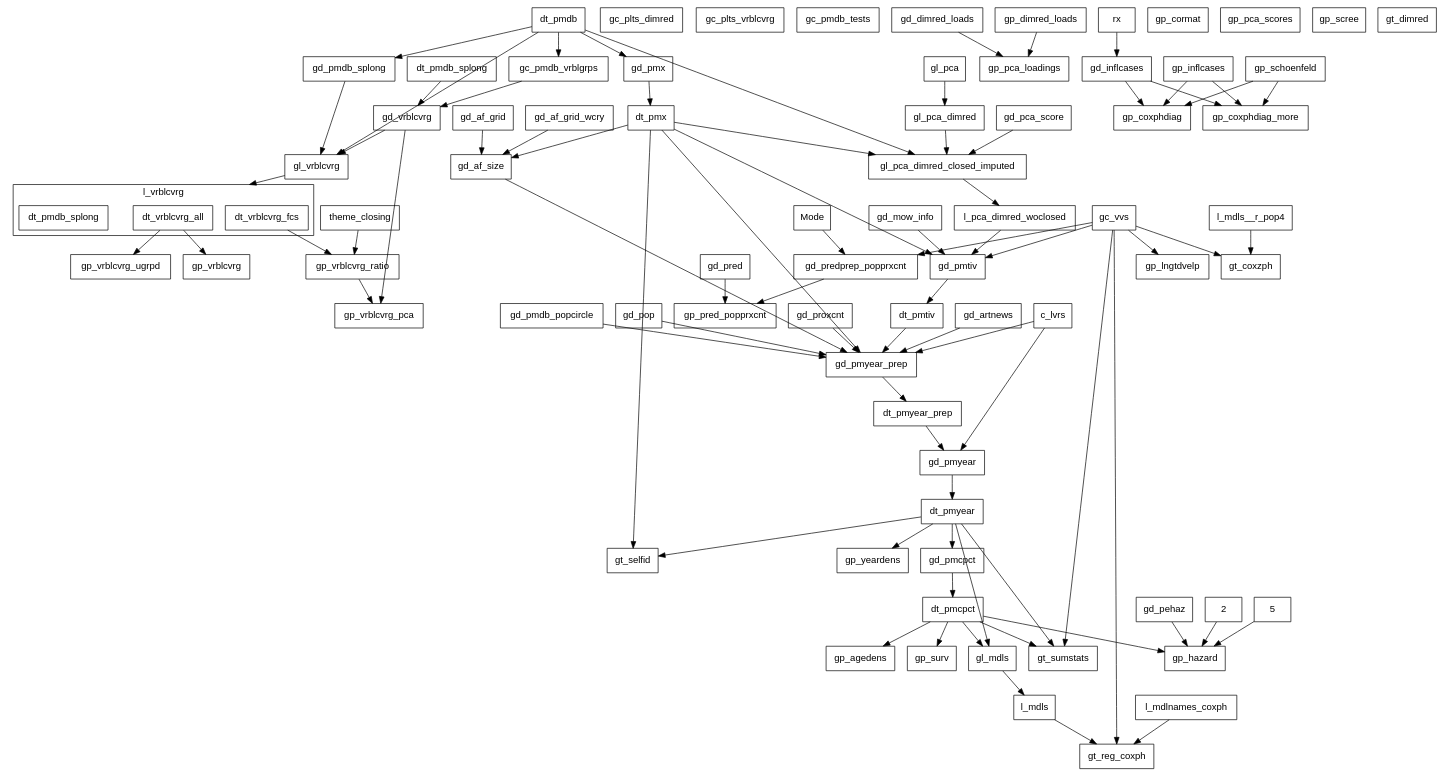
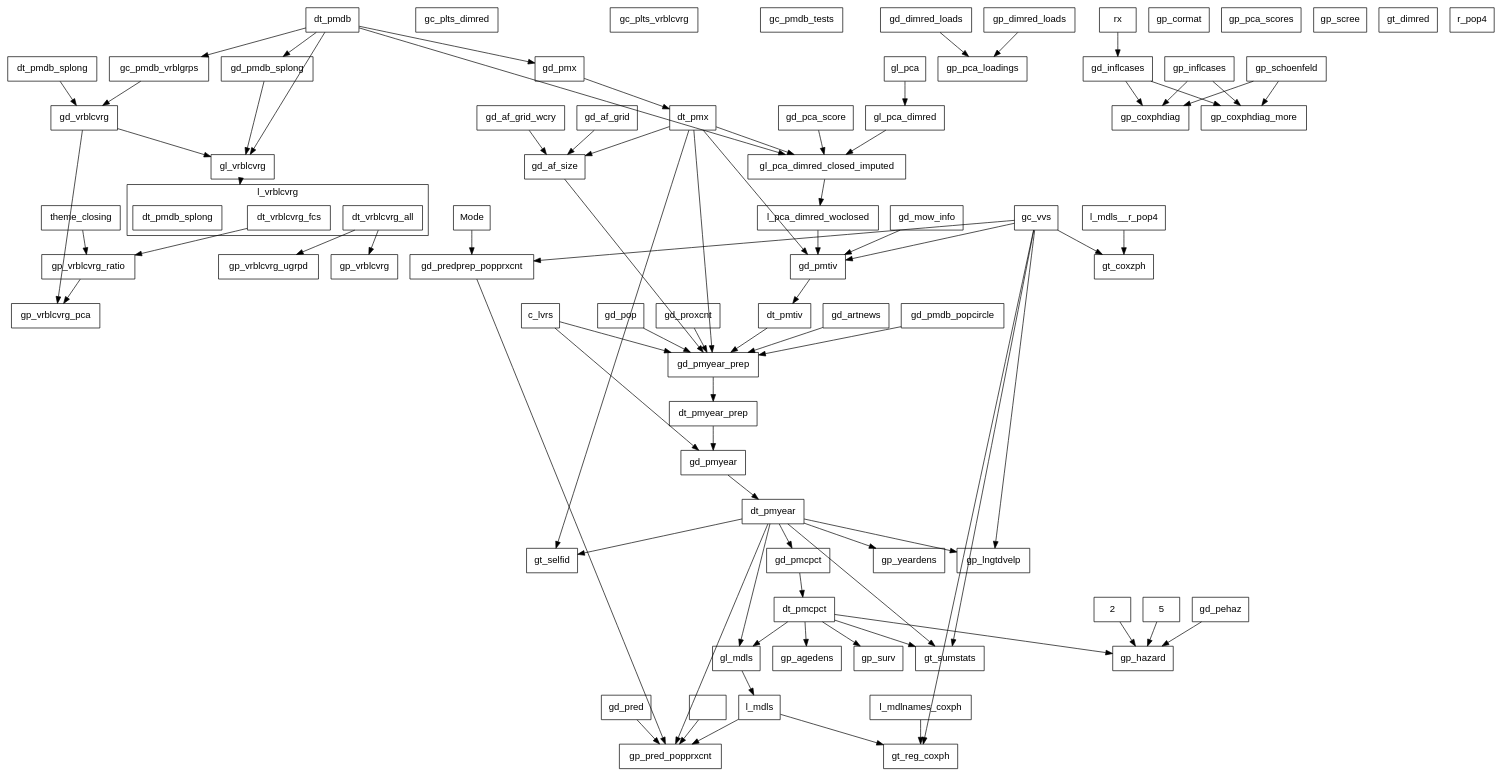
The diagram in misc/callgraph2.dot (swhalemwo/pm_closing), drawn with Graphviz before and after one commit. The commit also changed 1 other file, not shown here.

```diff
--- a/misc/callgraph2.dot
+++ b/misc/callgraph2.dot
@@ -1,163 +1,168 @@
 digraph D {
  compound = true;
  splines = false; fontname=helvetica;
  node [shape=box, fontsize = 14, fontname=helvetica];
  edge [style = solid];
  
  subgraph cluster_l_vrblcvrg {
  label = "l_vrblcvrg";
  l_vrblcvrg__dt_vrblcvrg_all [label=dt_vrblcvrg_all]; 
 l_vrblcvrg__dt_vrblcvrg_fcs [label=dt_vrblcvrg_fcs]; 
 l_vrblcvrg [label = "", color=transparent, width=0, height=0]; 
 l_vrblcvrg__dt_pmdb_splong [label=dt_pmdb_splong] 
 } 
  gc_plts_dimred; 
 gc_plts_vrblcvrg; 
 gc_pmdb_tests; 
 gc_pmdb_vrblgrps; 
 gc_vvs; 
 gd_af_grid; 
 gd_af_grid_wcry; 
 gd_af_size; 
 gd_artnews; 
 gd_dimred_loads; 
 gd_inflcases; 
 gd_mow_info; 
 gd_pca_score; 
 gd_pehaz; 
 gd_pmcpct; 
 gd_pmdb_popcircle; 
 gd_pmdb_splong; 
 gd_pmtiv; 
 gd_pmx; 
 gd_pmyear; 
 gd_pmyear_prep; 
 gd_pop; 
 gd_pred; 
 gd_predprep_popprxcnt; 
 gd_proxcnt; 
 gd_vrblcvrg; 
 gl_mdls; 
 gl_pca; 
 gl_pca_dimred; 
 gl_pca_dimred_closed_imputed; 
 gl_vrblcvrg; 
 gp_agedens; 
 gp_cormat; 
 gp_coxphdiag; 
 gp_coxphdiag_more; 
 gp_dimred_loads; 
 gp_hazard; 
 gp_inflcases; 
 gp_lngtdvelp; 
 gp_pca_loadings; 
 gp_pca_scores; 
 gp_pred_popprxcnt; 
 gp_schoenfeld; 
 gp_scree; 
 gp_surv; 
 gp_vrblcvrg; 
 gp_vrblcvrg_pca; 
 gp_vrblcvrg_ratio; 
 gp_vrblcvrg_ugrpd; 
 gp_yeardens; 
 gt_coxzph; 
 gt_dimred; 
 gt_reg_coxph; 
 gt_selfid; 
 gt_sumstats; 
 Mode; 
 theme_closing; 
 dt_pmdb; 
 dt_pmdb_splong; 
 dt_pmx; 
 l_pca_dimred_woclosed; 
 dt_pmtiv; 
 c_lvrs; 
 dt_pmyear_prep; 
 dt_pmyear; 
 dt_pmcpct; 
 2; 
 5; 
 rx; 
+""r_pop4""; 
+l_mdls; 
 l_mdls__r_pop4; 
-l_mdls; 
 l_mdlnames_coxph 
- 2 -> gp_hazard; 
+ ""r_pop4"" -> gp_pred_popprxcnt; 
+2 -> gp_hazard; 
 5 -> gp_hazard; 
 Mode -> gd_predprep_popprxcnt; 
 c_lvrs -> gd_pmyear; 
 c_lvrs -> gd_pmyear_prep; 
 dt_pmcpct -> gl_mdls; 
 dt_pmcpct -> gp_agedens; 
 dt_pmcpct -> gp_hazard; 
 dt_pmcpct -> gp_surv; 
 dt_pmcpct -> gt_sumstats; 
 dt_pmdb -> gc_pmdb_vrblgrps; 
 dt_pmdb -> gd_pmdb_splong; 
 dt_pmdb -> gd_pmx; 
 dt_pmdb -> gl_pca_dimred_closed_imputed; 
 dt_pmdb -> gl_vrblcvrg; 
 dt_pmdb_splong -> gd_vrblcvrg; 
 dt_pmtiv -> gd_pmyear_prep; 
 dt_pmx -> gd_af_size; 
 dt_pmx -> gd_pmtiv; 
 dt_pmx -> gd_pmyear_prep; 
 dt_pmx -> gl_pca_dimred_closed_imputed; 
 dt_pmx -> gt_selfid; 
 dt_pmyear -> gd_pmcpct; 
 dt_pmyear -> gl_mdls; 
+dt_pmyear -> gp_lngtdvelp; 
+dt_pmyear -> gp_pred_popprxcnt; 
 dt_pmyear -> gp_yeardens; 
 dt_pmyear -> gt_selfid; 
 dt_pmyear -> gt_sumstats; 
 dt_pmyear_prep -> gd_pmyear; 
 gc_pmdb_vrblgrps -> gd_vrblcvrg; 
 gc_vvs -> gd_pmtiv; 
 gc_vvs -> gd_predprep_popprxcnt; 
 gc_vvs -> gp_lngtdvelp; 
 gc_vvs -> gt_coxzph; 
 gc_vvs -> gt_reg_coxph; 
 gc_vvs -> gt_sumstats; 
 gd_af_grid -> gd_af_size; 
 gd_af_grid_wcry -> gd_af_size; 
 gd_af_size -> gd_pmyear_prep; 
 gd_artnews -> gd_pmyear_prep; 
 gd_dimred_loads -> gp_pca_loadings; 
 gd_inflcases -> gp_coxphdiag; 
 gd_inflcases -> gp_coxphdiag_more; 
 gd_mow_info -> gd_pmtiv; 
 gd_pca_score -> gl_pca_dimred_closed_imputed; 
 gd_pehaz -> gp_hazard; 
 gd_pmcpct -> dt_pmcpct; 
 gd_pmdb_popcircle -> gd_pmyear_prep; 
 gd_pmdb_splong -> gl_vrblcvrg; 
 gd_pmtiv -> dt_pmtiv; 
 gd_pmx -> dt_pmx; 
 gd_pmyear -> dt_pmyear; 
 gd_pmyear_prep -> dt_pmyear_prep; 
 gd_pop -> gd_pmyear_prep; 
 gd_pred -> gp_pred_popprxcnt; 
 gd_predprep_popprxcnt -> gp_pred_popprxcnt; 
 gd_proxcnt -> gd_pmyear_prep; 
 gd_vrblcvrg -> gl_vrblcvrg; 
 gd_vrblcvrg -> gp_vrblcvrg_pca; 
 gl_mdls -> l_mdls; 
 gl_pca -> gl_pca_dimred; 
 gl_pca_dimred -> gl_pca_dimred_closed_imputed; 
 gl_pca_dimred_closed_imputed -> l_pca_dimred_woclosed; 
 gl_vrblcvrg -> l_vrblcvrg[lhead=cluster_l_vrblcvrg,ltail=gl_vrblcvrg]; 
 gp_dimred_loads -> gp_pca_loadings; 
 gp_inflcases -> gp_coxphdiag; 
 gp_inflcases -> gp_coxphdiag_more; 
 gp_schoenfeld -> gp_coxphdiag; 
 gp_schoenfeld -> gp_coxphdiag_more; 
 gp_vrblcvrg_ratio -> gp_vrblcvrg_pca; 
 l_mdlnames_coxph -> gt_reg_coxph; 
+l_mdls -> gp_pred_popprxcnt; 
 l_mdls -> gt_reg_coxph; 
 l_mdls__r_pop4 -> gt_coxzph; 
 l_pca_dimred_woclosed -> gd_pmtiv; 
 l_vrblcvrg__dt_vrblcvrg_all -> gp_vrblcvrg; 
 l_vrblcvrg__dt_vrblcvrg_all -> gp_vrblcvrg_ugrpd; 
 l_vrblcvrg__dt_vrblcvrg_fcs -> gp_vrblcvrg_ratio; 
 rx -> gd_inflcases; 
 theme_closing -> gp_vrblcvrg_ratio }
```
